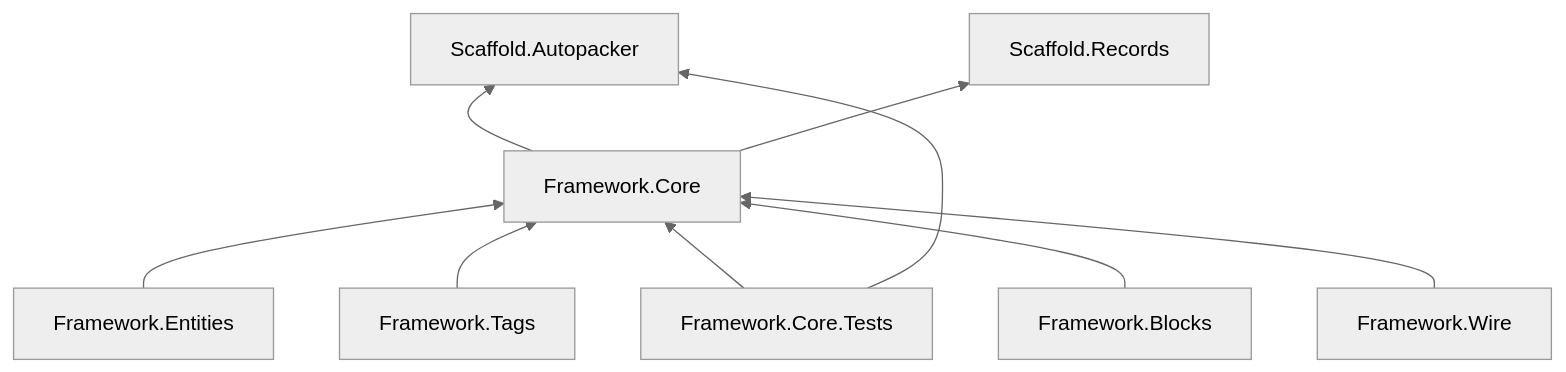
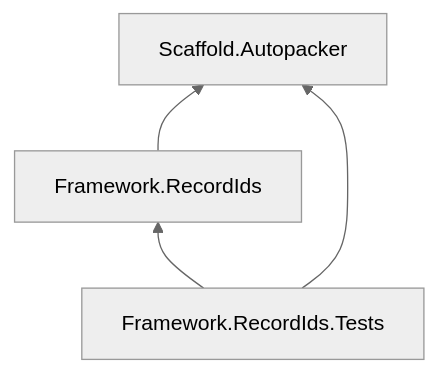
One commit to MgCohen/Card-Framework changed the diagram in Product/spikes/infra-record-ids.md. Above: the diagram before and after it, drawn with Mermaid (neutral theme). The commit also changed other lines of this file, not shown here.

First line of the commit message:
Apply page template v12 to the record ids spike

````diff
--- a/Product/spikes/infra-record-ids.md
+++ b/Product/spikes/infra-record-ids.md
@@ -418,11 +420,6 @@
 ```mermaid
 flowchart BT
-  C["Framework.Core"] --> AP["Scaffold.Autopacker"]
-  C --> R["Scaffold.Records"]
-  T["Framework.Core.Tests"] --> C
+  R["Framework.RecordIds"] --> AP["Scaffold.Autopacker"]
+  T["Framework.RecordIds.Tests"] --> R
   T --> AP
-  E["Framework.Entities"] --> C
-  G["Framework.Tags"] --> C
-  B["Framework.Blocks"] --> C
-  W["Framework.Wire"] --> C
 ```
````
